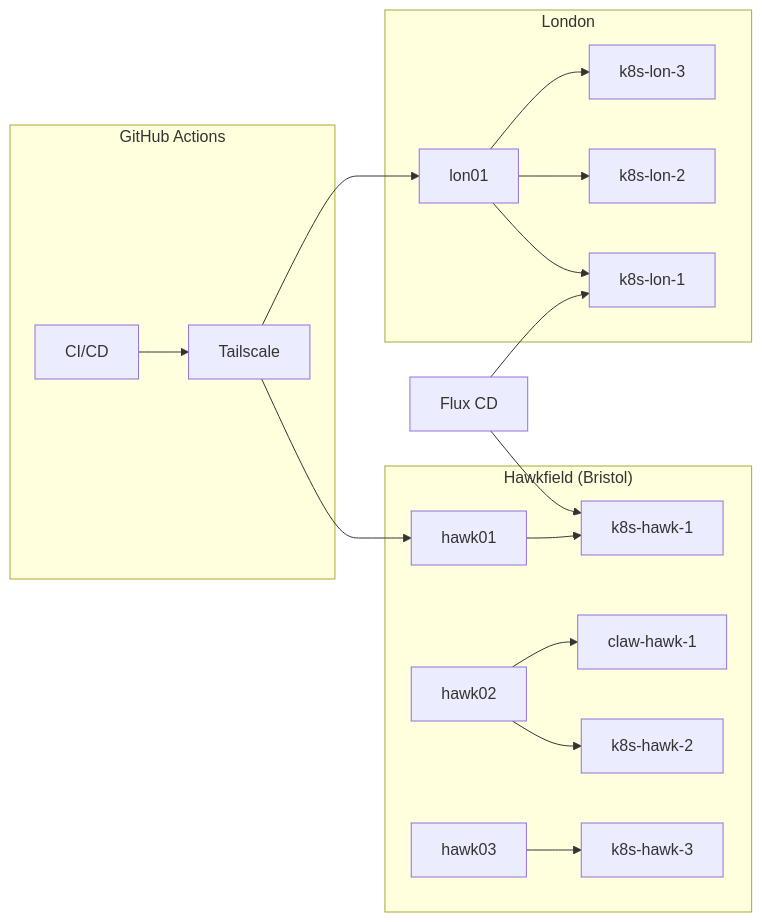
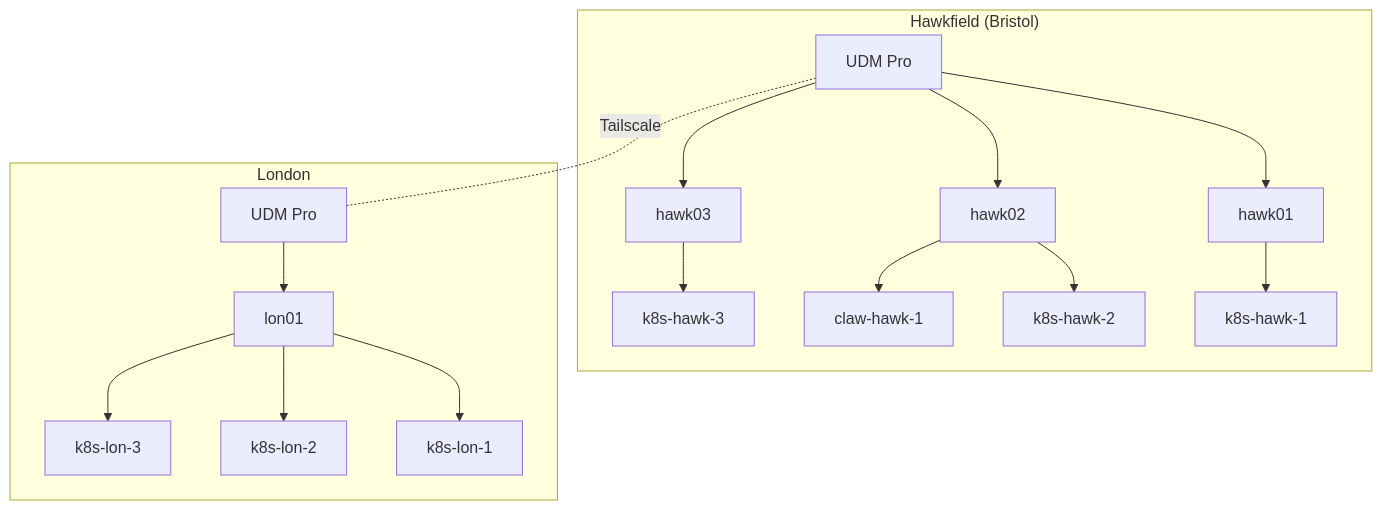
One commit to clincha-org/clincha changed the diagram in README.md. Above: the diagram before and after it, drawn with Mermaid. The commit also changed other lines of this file, not shown here.

Commit message:
Clean up diagram to physical topology with UDMs and Tailscale
Strip CI/CD and Flux from the diagram, add UDM Pros as network roots
connected via Tailscale, add tech logo badges, and add a short
deployment explainer below the diagram.

````diff
--- a/README.md
+++ b/README.md
@@ -7,25 +20,21 @@
 ```mermaid
-graph LR
-    subgraph "GitHub Actions"
-        gha[CI/CD] --> ts[Tailscale]
-    end
-
+graph TB
     subgraph "Hawkfield (Bristol)"
-        hawk01[hawk01] --> kh1[k8s-hawk-1]
-        hawk02[hawk02] --> kh2[k8s-hawk-2]
-        hawk03[hawk03] --> kh3[k8s-hawk-3]
+        udm_h[UDM Pro] --> hawk01[hawk01]
+        udm_h --> hawk02[hawk02]
+        udm_h --> hawk03[hawk03]
+        hawk01 --> kh1[k8s-hawk-1]
+        hawk02 --> kh2[k8s-hawk-2]
+        hawk03 --> kh3[k8s-hawk-3]
         hawk02 --> claw[claw-hawk-1]
     end
 
+    udm_h -. Tailscale .- udm_l
+
     subgraph "London"
-        lon01[lon01] --> kl1[k8s-lon-1]
+        udm_l[UDM Pro] --> lon01[lon01]
+        lon01 --> kl1[k8s-lon-1]
         lon01 --> kl2[k8s-lon-2]
         lon01 --> kl3[k8s-lon-3]
     end
-
-    ts --> hawk01
-    ts --> lon01
-
-    flux[Flux CD] --> kh1
-    flux --> kl1
 ```
````
